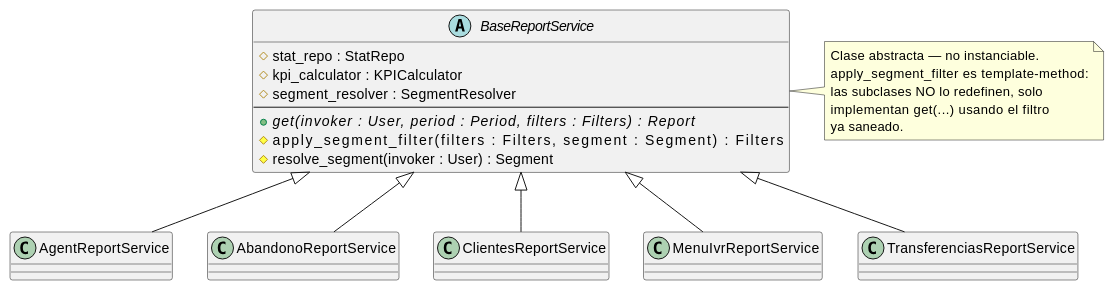
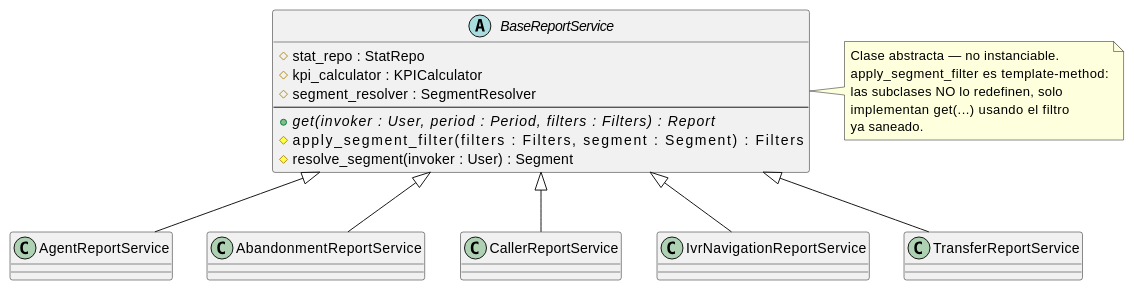
The diagram in source/arquitectura-tecnica/domain-model/base-report-service.rst (jcg-admin/IACT-docs), drawn with PlantUML before and after one commit. The commit also changed other lines of this file and 79 other files, not shown here.

```diff
--- a/source/arquitectura-tecnica/domain-model/base-report-service.rst
+++ b/source/arquitectura-tecnica/domain-model/base-report-service.rst
@@ -26,40 +26,40 @@
 .. uml::
  :caption: BaseReportService — clase abstracta con
            template-method y herencia generalizada de los
            6 servicios de reporte concretos.
 
  @startuml
 
  abstract class BaseReportService {
    # stat_repo : StatRepo
    # kpi_calculator : KPICalculator
    # segment_resolver : SegmentResolver
    --
    + {abstract} get(invoker : User, period : Period, \
                     filters : Filters) : Report
    # apply_segment_filter(filters : Filters, \
                           segment : Segment) : Filters
    # resolve_segment(invoker : User) : Segment
  }
 
  class AgentReportService
- class AbandonoReportService
- class ClientesReportService
- class MenuIvrReportService
- class TransferenciasReportService
+ class AbandonmentReportService
+ class CallerReportService
+ class IvrNavigationReportService
+ class TransferReportService
 
  BaseReportService <|-- AgentReportService
- BaseReportService <|-- AbandonoReportService
- BaseReportService <|-- ClientesReportService
- BaseReportService <|-- MenuIvrReportService
- BaseReportService <|-- TransferenciasReportService
+ BaseReportService <|-- AbandonmentReportService
+ BaseReportService <|-- CallerReportService
+ BaseReportService <|-- IvrNavigationReportService
+ BaseReportService <|-- TransferReportService
 
  note right of BaseReportService
    Clase abstracta — no instanciable.
    apply_segment_filter es template-method:
    las subclases NO lo redefinen, solo
    implementan get(...) usando el filtro
    ya saneado.
  end note
 
  @enduml
```
